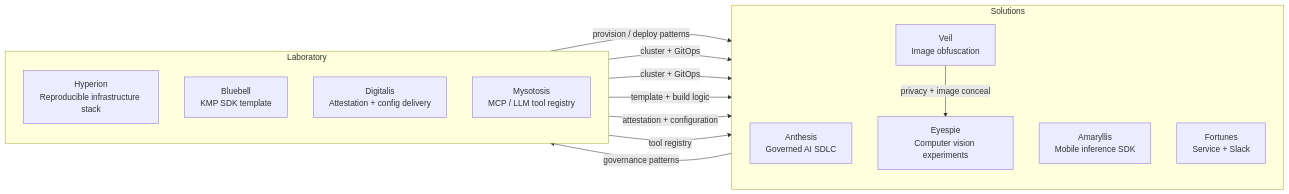
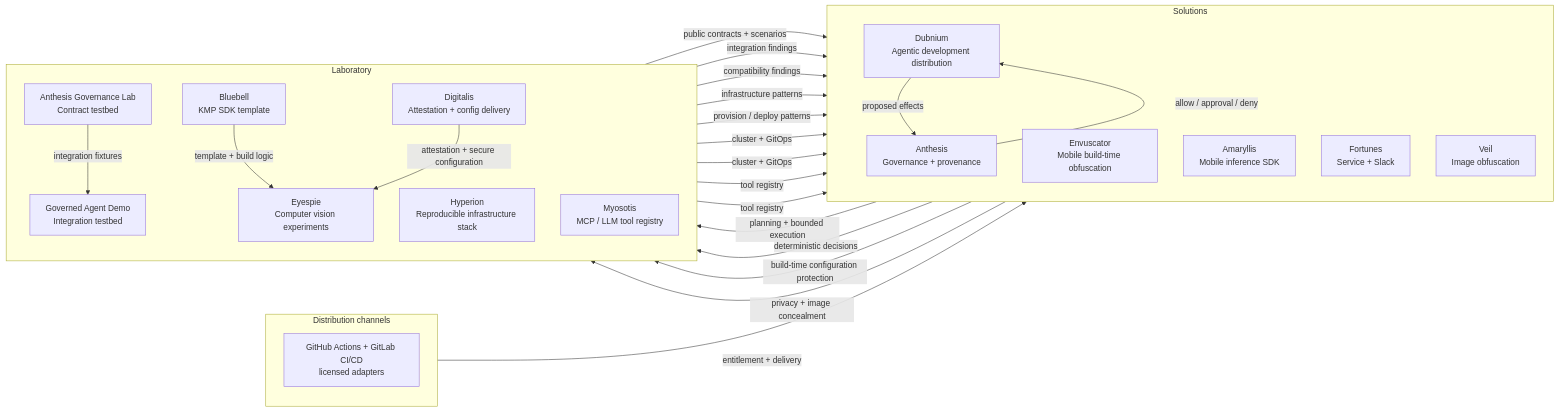
The second of 2 diagrams in profile/README.md (hackelia-micrantha/.github), drawn with Mermaid before and after one commit. The commit also changed other lines of this file, not shown here.

Commit message:
Position Dubnium and Envuscator in ecosystem

````diff
--- a/profile/README.md
+++ b/profile/README.md
@@ -87,28 +89,51 @@
 ```mermaid
 flowchart LR
+  subgraph Delivery[Distribution channels]
+    direction TB
+    CI["GitHub Actions + GitLab CI/CD<br/>licensed adapters"]
+  end
+
   subgraph Sol[Solutions]
     direction TB
-    A["Anthesis<br/>Governed AI SDLC"]
+    DB["Dubnium<br/>Agentic development distribution"]
+    A["Anthesis<br/>Governance + provenance"]
+    EN["Envuscator<br/>Mobile build-time obfuscation"]
     M["Amaryllis<br/>Mobile inference SDK"]
     F["Fortunes<br/>Service + Slack"]
     V["Veil<br/>Image obfuscation"]
-    E["Eyespie<br/>Computer vision experiments"]
   end
 
   subgraph Lab[Laboratory]
     direction TB
+    GL["Anthesis Governance Lab<br/>Contract testbed"]
+    GD["Governed Agent Demo<br/>Integration testbed"]
     H["Hyperion<br/>Reproducible infrastructure stack"]
     B["Bluebell<br/>KMP SDK template"]
     D["Digitalis<br/>Attestation + config delivery"]
-    Y["Mysotosis<br/>MCP / LLM tool registry"]
+    Y["Myosotis<br/>MCP / LLM tool registry"]
+    E["Eyespie<br/>Computer vision experiments"]
   end
 
+  DB -->|proposed effects| A
+  A -->|allow / approval / deny| DB
+
+  GL -->|public contracts + scenarios| A
+  GL -->|integration fixtures| GD
+  DB -->|planning + bounded execution| GD
+  A -->|deterministic decisions| GD
+  GD -->|integration findings| DB
+  GD -->|compatibility findings| A
+
+  H -->|infrastructure patterns| DB
   H -->|provision / deploy patterns| A
   H -->|cluster + GitOps| F
   H -->|cluster + GitOps| V
+
+  CI -->|entitlement + delivery| EN
+  EN -->|build-time configuration protection| E
   B -->|template + build logic| E
-  D -->|attestation + configuration| E
+  D -->|attestation + secure configuration| E
+  V -->|privacy + image concealment| E
+  Y -->|tool registry| DB
   Y -->|tool registry| M
-  A -->|governance patterns| H
-  V -->|privacy + image conceal| E
 ```
````
